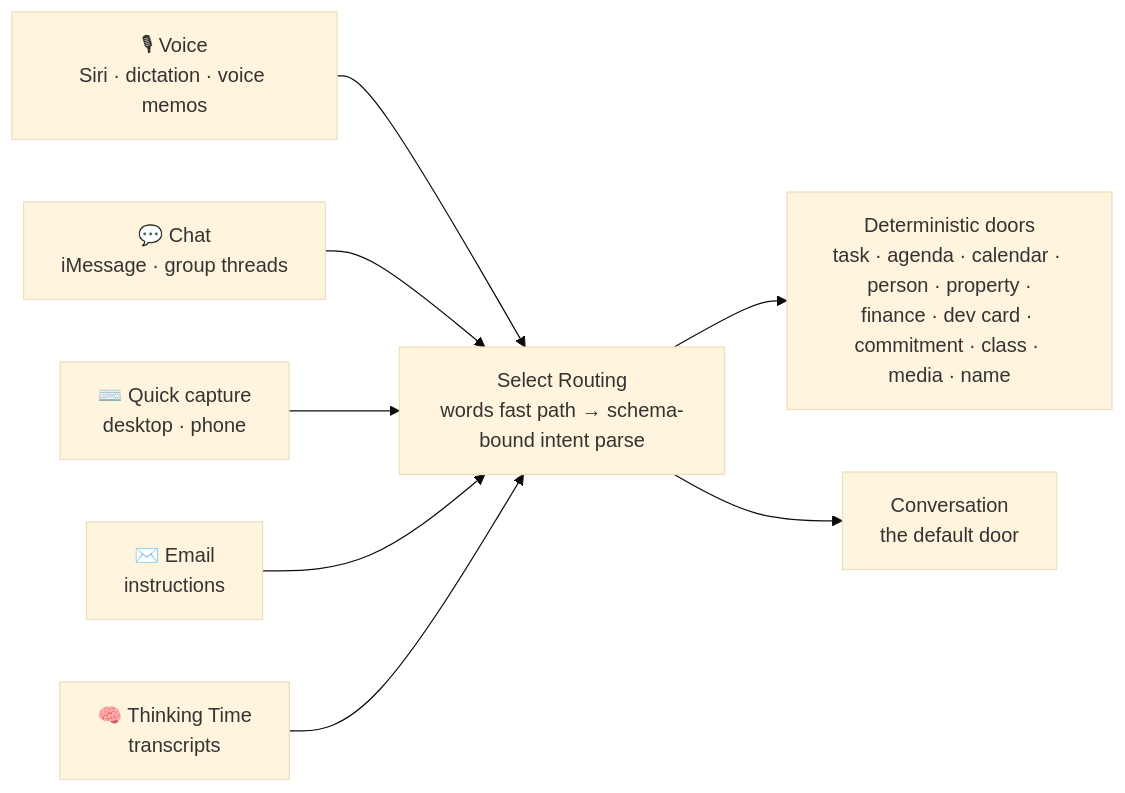
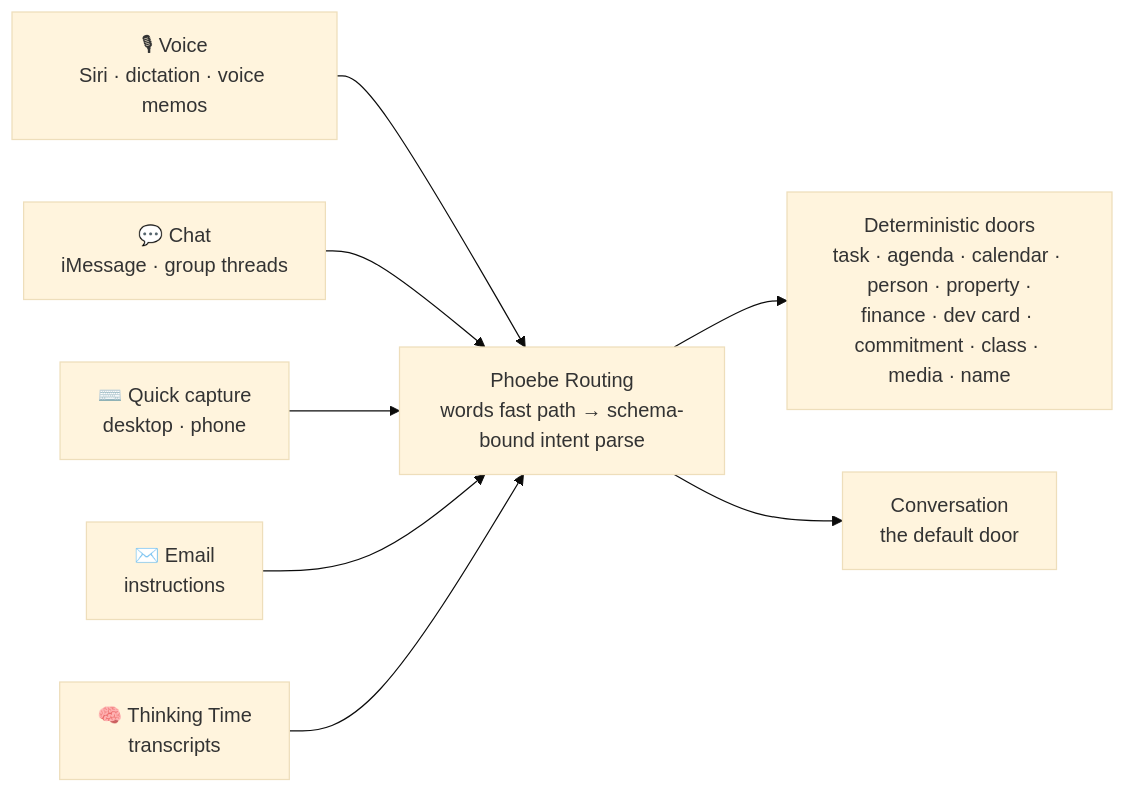
Before and after one commit to cobbenterprises/select-showcase: the diagram in SUBSYSTEMS.md, drawn with Mermaid (base theme). The commit also changed other lines of this file and 6 other files, not shown here.

````diff
--- a/SUBSYSTEMS.md
+++ b/SUBSYSTEMS.md
@@ -71,11 +71,11 @@
 ```mermaid
 flowchart LR
     voice["🎙 Voice<br/>Siri · dictation · voice memos"] --> core
     chat["💬 Chat<br/>iMessage · group threads"] --> core
     cap["⌨️ Quick capture<br/>desktop · phone"] --> core
     mail["✉️ Email<br/>instructions"] --> core
     think["🧠 Thinking Time<br/>transcripts"] --> core
-    core["Select Routing<br/>words fast path → schema-bound intent parse"]
+    core["Phoebe Routing<br/>words fast path → schema-bound intent parse"]
     core --> doors["Deterministic doors<br/>task · agenda · calendar · person · property ·<br/>finance · dev card · commitment · class · media · name"]
     core --> convo["Conversation<br/>the default door"]
 ```
````
